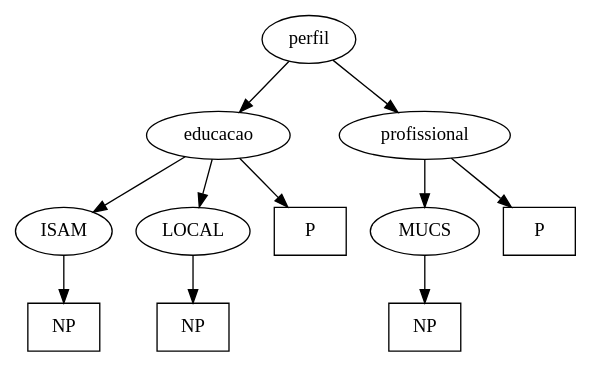
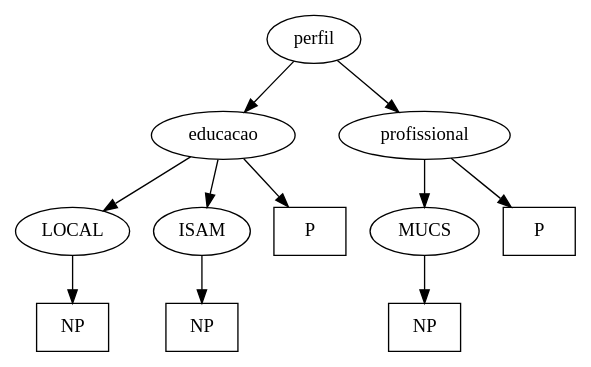
One commit to andrenho/andrenho changed the diagram in academia/artigos/profiles/ideia/perfil.dot. Above: the diagram before and after it, drawn with Graphviz. The commit also changed 5 other files, not shown here.

```diff
--- a/academia/artigos/profiles/ideia/perfil.dot
+++ b/academia/artigos/profiles/ideia/perfil.dot
@@ -1,23 +1,23 @@
 digraph Perfil {
 
     perfil -> educacao
     perfil -> profissional
 
+    educacao -> LOCAL
     educacao -> ISAM
-    educacao -> LOCAL
     profissional -> MUCS
 
     educacao -> P1
     profissional -> P2
 
-    ISAM -> NP1
-    LOCAL -> NP2
+    LOCAL -> NP1
+    ISAM -> NP2
     MUCS -> NP3
     
     P1 [label="P", shape=box]
     NP1 [label="NP", shape=box]
     P2 [label="P", shape=box]
     NP2 [label="NP", shape=box]
     NP3 [label="NP", shape=box]
 
 }
```
